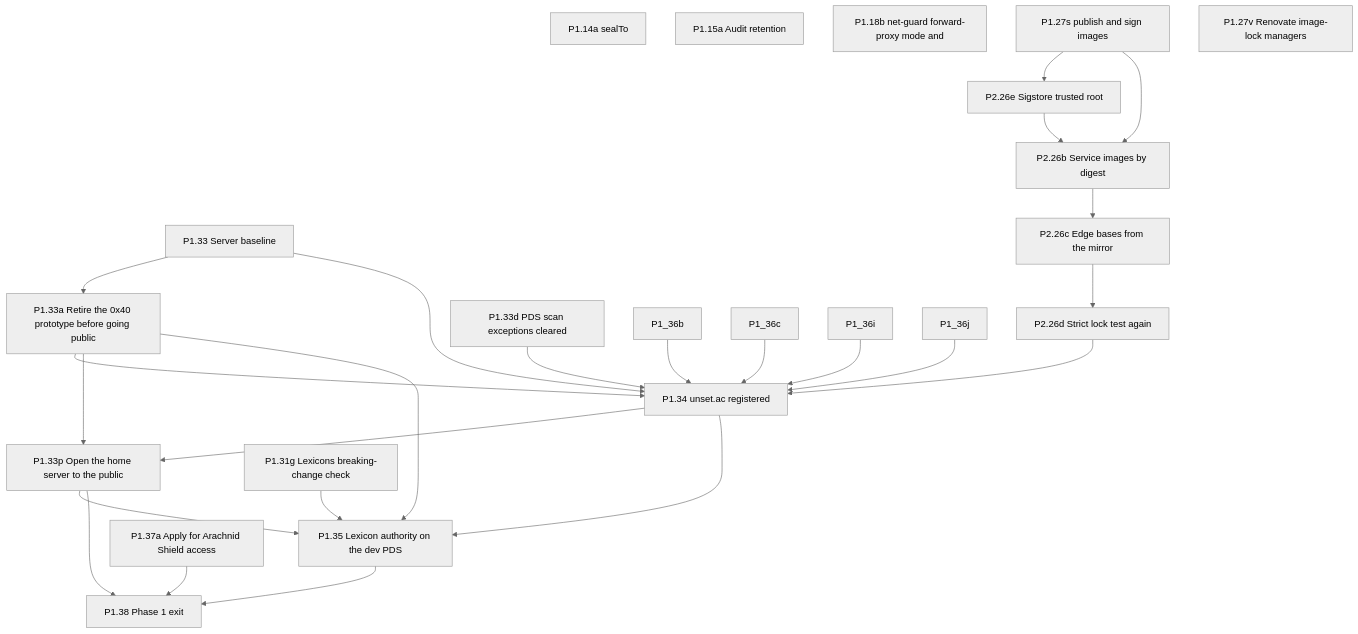
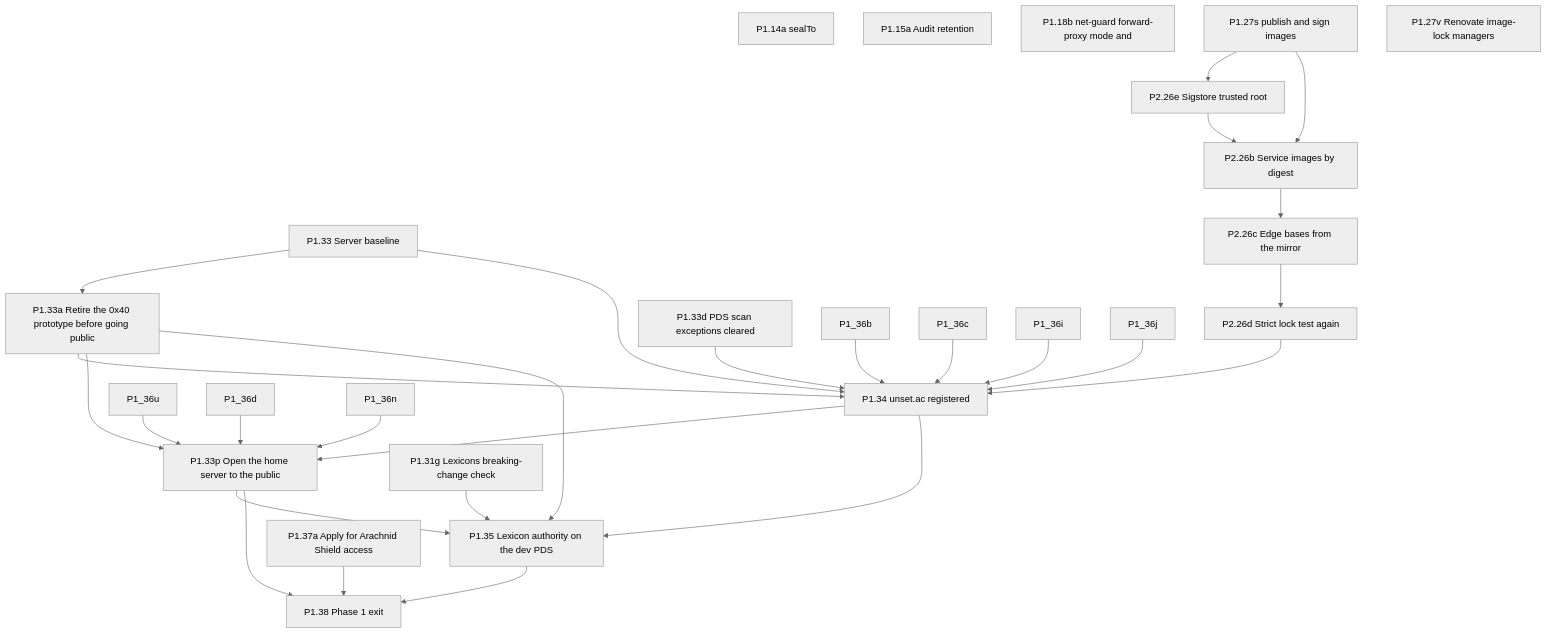
Before and after one commit to Undefined6799/unset: the fourth of 11 diagrams in docs/ai/book/01-outline.md, drawn with Mermaid (neutral theme). The commit also changed other lines of this file and 9 other files, not shown here.

````diff
--- a/docs/ai/book/01-outline.md
+++ b/docs/ai/book/01-outline.md
@@ -1437,44 +1461,47 @@
 ```mermaid
 flowchart TD
   P1_14a["P1.14a sealTo"]
   P1_15a["P1.15a Audit retention"]
   P1_18b["P1.18b net-guard forward-proxy mode and"]
   P1_33["P1.33 Server baseline"]
   P1_33a["P1.33a Retire the 0x40 prototype before going public"]
   P1_33p["P1.33p Open the home server to the public"]
   P2_26e["P2.26e Sigstore trusted root"]
   P2_26b["P2.26b Service images by digest"]
   P2_26c["P2.26c Edge bases from the mirror"]
   P2_26d["P2.26d Strict lock test again"]
   P1_33d["P1.33d PDS scan exceptions cleared"]
   P1_34["P1.34 unset.ac registered"]
   P1_35["P1.35 Lexicon authority on the dev PDS"]
   P1_31g["P1.31g Lexicons breaking-change check"]
   P1_27s["P1.27s publish and sign images"]
   P1_27v["P1.27v Renovate image-lock managers"]
   P1_37a["P1.37a Apply for Arachnid Shield access"]
   P1_38["P1.38 Phase 1 exit"]
   P1_33 --> P1_33a
   P1_33 --> P1_34
   P1_36b --> P1_34
   P1_36c --> P1_34
   P1_36i --> P1_34
   P1_36j --> P1_34
   P1_33a --> P1_34
   P1_33d --> P1_34
   P1_27s --> P2_26e
   P2_26e --> P2_26b
   P1_27s --> P2_26b
   P2_26b --> P2_26c
   P2_26c --> P2_26d
   P2_26d --> P1_34
   P1_34 --> P1_33p
   P1_33a --> P1_33p
+  P1_36u --> P1_33p
+  P1_36d --> P1_33p
+  P1_36n --> P1_33p
   P1_33p --> P1_35
   P1_33a --> P1_35
   P1_33p --> P1_38
   P1_31g --> P1_35
   P1_34 --> P1_35
   P1_35 --> P1_38
   P1_37a --> P1_38
 ```
````
